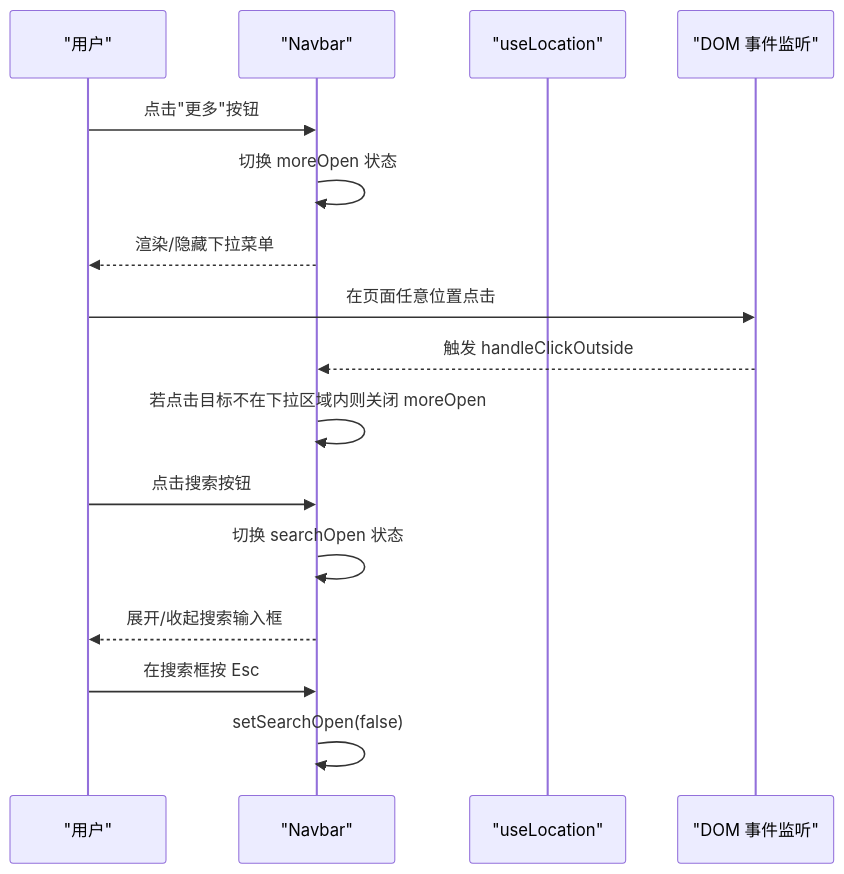
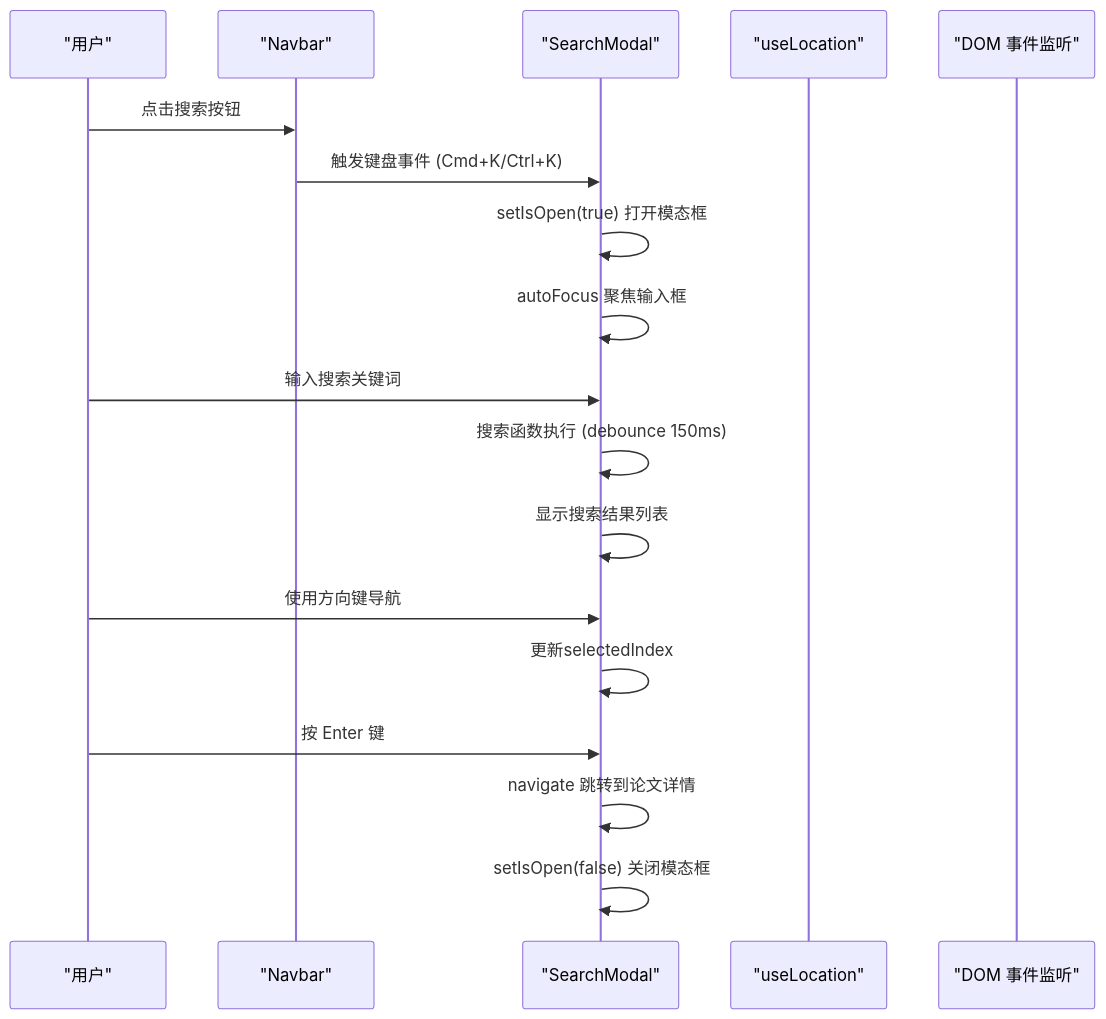
One commit to erikliu123/storage_ai_blog changed the second of 8 diagrams in .qoder/repowiki/zh/content/组件系统/导航组件.md. Above: the diagram before and after it, drawn with Mermaid. The commit also changed other lines of this file and 61 other files, not shown here.

````diff
--- a/.qoder/repowiki/zh/content/组件系统/导航组件.md
+++ b/.qoder/repowiki/zh/content/组件系统/导航组件.md
@@ -113,18 +117,20 @@
 ```mermaid
 sequenceDiagram
 participant U as "用户"
 participant N as "Navbar"
+participant SM as "SearchModal"
 participant L as "useLocation"
 participant D as "DOM 事件监听"
-U->>N : 点击"更多"按钮
-N->>N : 切换 moreOpen 状态
-N-->>U : 渲染/隐藏下拉菜单
-U->>D : 在页面任意位置点击
-D-->>N : 触发 handleClickOutside
-N->>N : 若点击目标不在下拉区域内则关闭 moreOpen
 U->>N : 点击搜索按钮
-N->>N : 切换 searchOpen 状态
-N-->>U : 展开/收起搜索输入框
-U->>N : 在搜索框按 Esc
-N->>N : setSearchOpen(false)
+N->>SM : 触发键盘事件 (Cmd+K/Ctrl+K)
+SM->>SM : setIsOpen(true) 打开模态框
+SM->>SM : autoFocus 聚焦输入框
+U->>SM : 输入搜索关键词
+SM->>SM : 搜索函数执行 (debounce 150ms)
+SM->>SM : 显示搜索结果列表
+U->>SM : 使用方向键导航
+SM->>SM : 更新selectedIndex
+U->>SM : 按 Enter 键
+SM->>SM : navigate 跳转到论文详情
+SM->>SM : setIsOpen(false) 关闭模态框
 ```
````
